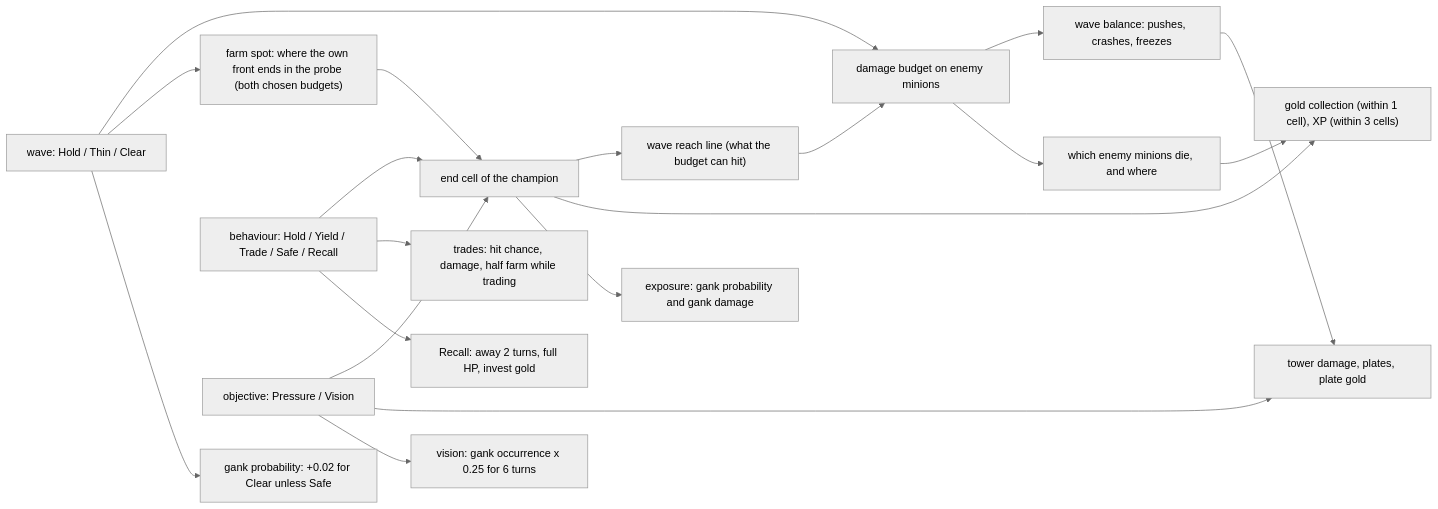
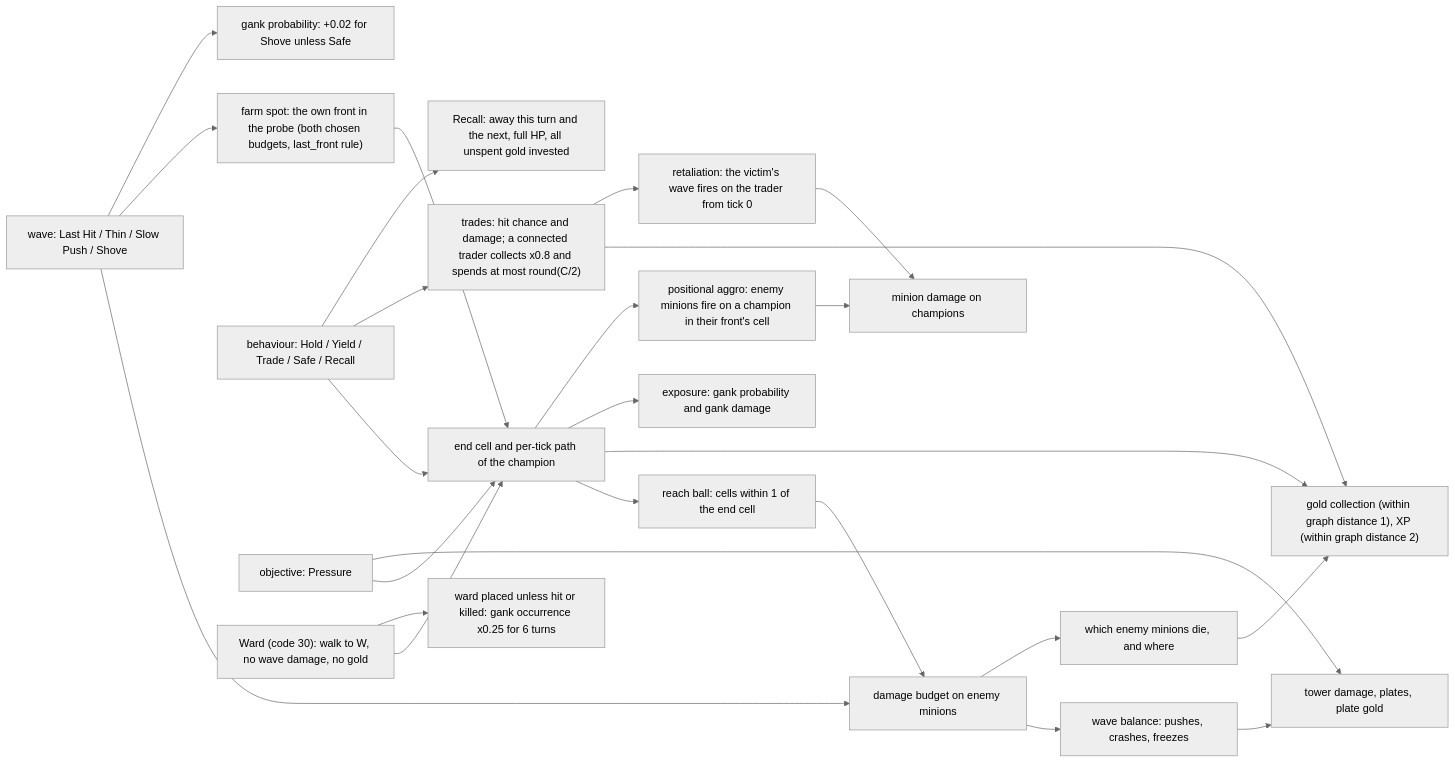
One commit to jcj1337/lol_laning_gt_rl changed the fourth of 5 diagrams in docs/m4/laning_game_mathematical_reference.md. Above: the diagram before and after it, drawn with Mermaid (neutral theme). The commit also changed other lines of this file and 19 other files, not shown here.

````diff
--- a/docs/m4/laning_game_mathematical_reference.md
+++ b/docs/m4/laning_game_mathematical_reference.md
@@ -415,21 +541,27 @@
 ```mermaid
 flowchart LR
-    W["wave: Hold / Thin / Clear"] --> BUD["damage budget on enemy minions"]
-    W --> SPOT["farm spot: where the own front ends in the probe (both chosen budgets)"]
+    W["wave: Last Hit / Thin / Slow Push / Shove"] --> BUD["damage budget on enemy minions"]
+    W --> SPOT["farm spot: the own front in the probe (both chosen budgets, last_front rule)"]
     SPOT --> POS
     BUD --> WAVE["wave balance: pushes, crashes, freezes"]
     BUD --> KILLS["which enemy minions die, and where"]
-    W --> GK["gank probability: +0.02 for Clear unless Safe"]
-    B["behaviour: Hold / Yield / Trade / Safe / Recall"] --> POS["end cell of the champion"]
-    POS --> REACH["wave reach line (what the budget can hit)"]
+    W --> GK["gank probability: +0.02 for Shove unless Safe"]
+    B["behaviour: Hold / Yield / Trade / Safe / Recall"] --> POS["end cell and per-tick path of the champion"]
+    POS --> REACH["reach ball: cells within 1 of the end cell"]
     REACH --> BUD
-    POS --> COLL["gold collection (within 1 cell), XP (within 3 cells)"]
+    POS --> COLL["gold collection (within graph distance 1), XP (within graph distance 2)"]
     KILLS --> COLL
     POS --> EXP["exposure: gank probability and gank damage"]
-    B --> TR["trades: hit chance, damage, half farm while trading"]
-    B --> REC["Recall: away 2 turns, full HP, invest gold"]
-    O["objective: Pressure / Vision"] --> POS
+    POS --> AGGRO["positional aggro: enemy minions fire on a champion in their front's cell"]
+    B --> TR["trades: hit chance and damage; a connected trader collects x0.8 and spends at most round(C/2)"]
+    TR --> COLL
+    TR --> RET["retaliation: the victim's wave fires on the trader from tick 0"]
+    AGGRO --> MD["minion damage on champions"]
+    RET --> MD
+    B --> REC["Recall: away this turn and the next, full HP, all unspent gold invested"]
+    O["objective: Pressure"] --> POS
     O --> TOW["tower damage, plates, plate gold"]
-    O --> VIS["vision: gank occurrence x 0.25 for 6 turns"]
+    WD["Ward (code 30): walk to W, no wave damage, no gold"] --> POS
+    WD --> VIS["ward placed unless hit or killed: gank occurrence x0.25 for 6 turns"]
     WAVE --> TOW
 ```
````
